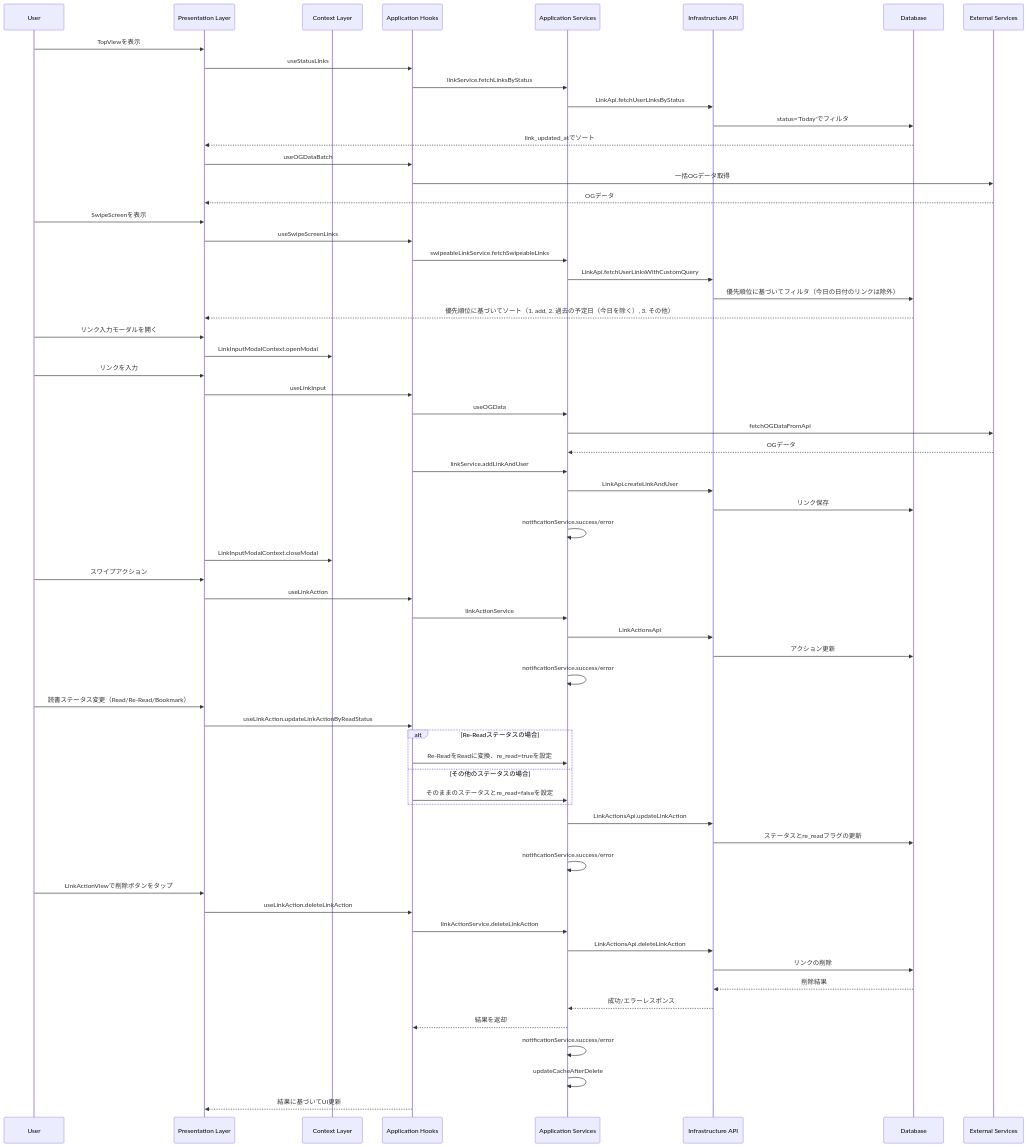
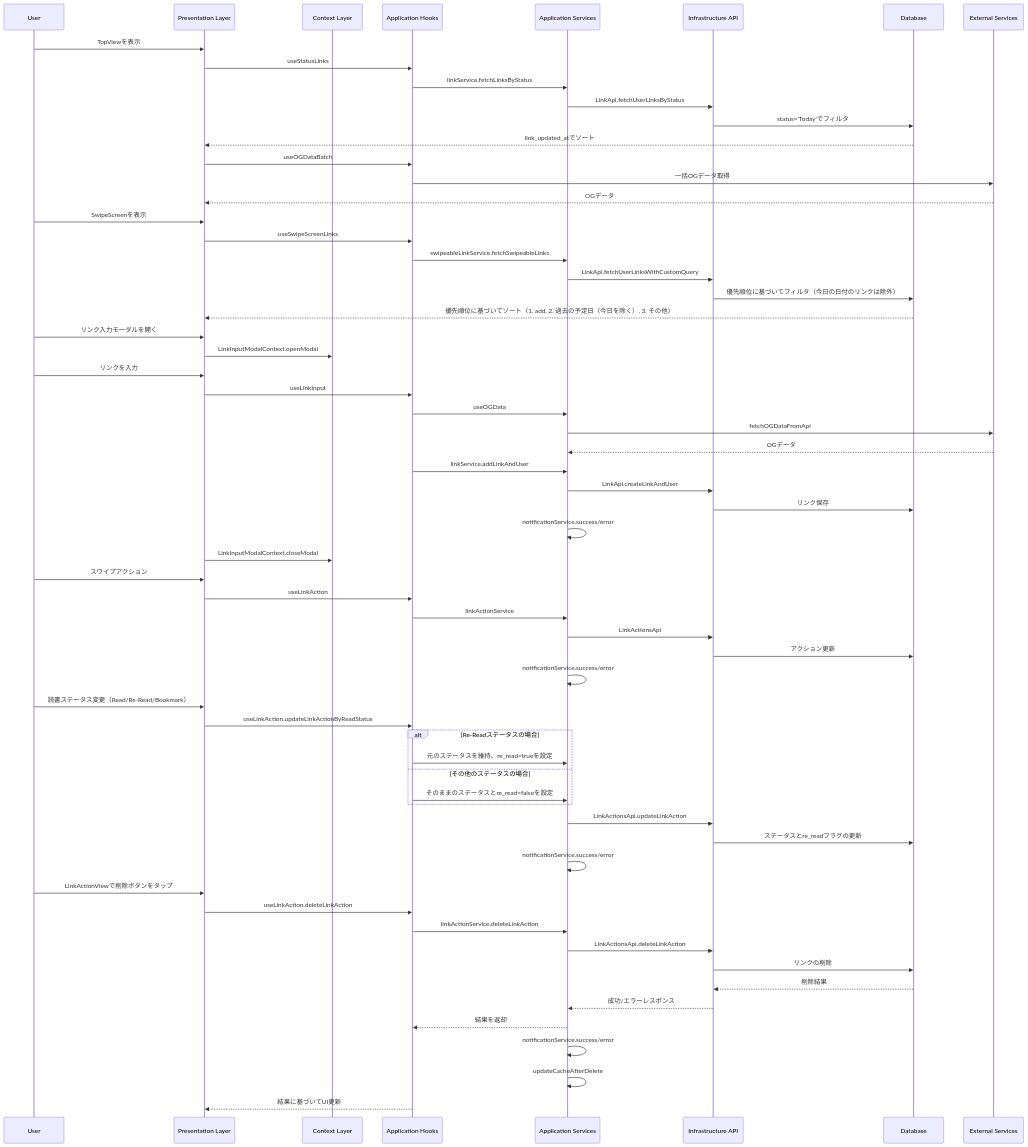
Before and after one commit to sooom1627/Linpe: the second of 2 diagrams in feature/links/docs/architecture.md, drawn with Mermaid. The commit also changed 6 other files, not shown here.

````diff
--- a/feature/links/docs/architecture.md
+++ b/feature/links/docs/architecture.md
@@ -143,77 +143,77 @@
 ```mermaid
 sequenceDiagram
     participant User
     participant UI as Presentation Layer
     participant Context as Context Layer
     participant Hook as Application Hooks
     participant Service as Application Services
     participant API as Infrastructure API
     participant DB as Database
     participant External as External Services
 
     %% リンク一覧表示フロー（TopView）
     User->>UI: TopViewを表示
     UI->>Hook: useStatusLinks
     Hook->>Service: linkService.fetchLinksByStatus
     Service->>API: LinkApi.fetchUserLinksByStatus
     API->>DB: status='Today'でフィルタ
     DB-->>UI: link_updated_atでソート
     UI->>Hook: useOGDataBatch
     Hook->>External: 一括OGデータ取得
     External-->>UI: OGデータ
 
     %% スワイプ画面表示フロー
     User->>UI: SwipeScreenを表示
     UI->>Hook: useSwipeScreenLinks
     Hook->>Service: swipeableLinkService.fetchSwipeableLinks
     Service->>API: LinkApi.fetchUserLinksWithCustomQuery
     API->>DB: 優先順位に基づいてフィルタ（今日の日付のリンクは除外）
     DB-->>UI: 優先順位に基づいてソート（1. add, 2. 過去の予定日（今日を除く）, 3. その他）
 
     %% リンク入力フロー
     User->>UI: リンク入力モーダルを開く
     UI->>Context: LinkInputModalContext.openModal
     User->>UI: リンクを入力
     UI->>Hook: useLinkInput
     Hook->>Service: useOGData
     Service->>External: fetchOGDataFromApi
     External-->>Service: OGデータ
     Hook->>Service: linkService.addLinkAndUser
     Service->>API: LinkApi.createLinkAndUser
     API->>DB: リンク保存
     Service->>Service: notificationService.success/error
     UI->>Context: LinkInputModalContext.closeModal
 
     %% スワイプアクション
     User->>UI: スワイプアクション
     UI->>Hook: useLinkAction
     Hook->>Service: linkActionService
     Service->>API: LinkActionsApi
     API->>DB: アクション更新
     Service->>Service: notificationService.success/error
 
     %% 読書ステータス変更フロー
     User->>UI: 読書ステータス変更（Read/Re-Read/Bookmark）
     UI->>Hook: useLinkAction.updateLinkActionByReadStatus
     alt Re-Readステータスの場合
-        Hook->>Service: Re-ReadをReadに変換、re_read=trueを設定
+        Hook->>Service: 元のステータスを維持、re_read=trueを設定
     else その他のステータスの場合
         Hook->>Service: そのままのステータスとre_read=falseを設定
     end
     Service->>API: LinkActionsApi.updateLinkAction
     API->>DB: ステータスとre_readフラグの更新
     Service->>Service: notificationService.success/error
 
     %% リンク削除フロー
     User->>UI: LinkActionViewで削除ボタンをタップ
     UI->>Hook: useLinkAction.deleteLinkAction
     Hook->>Service: linkActionService.deleteLinkAction
     Service->>API: LinkActionsApi.deleteLinkAction
     API->>DB: リンクの削除
     DB-->>API: 削除結果
     API-->>Service: 成功/エラーレスポンス
     Service-->>Hook: 結果を返却
     Service->>Service: notificationService.success/error
     Service->>Service: updateCacheAfterDelete
     Hook-->>UI: 結果に基づいてUI更新
 ```
````
